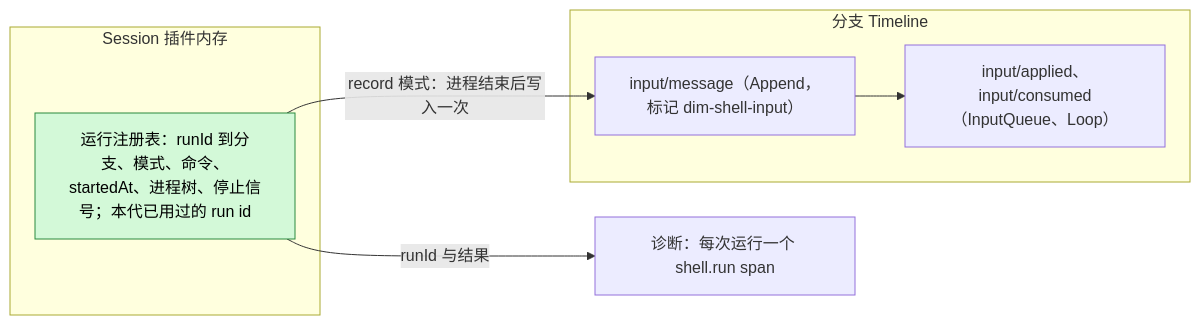
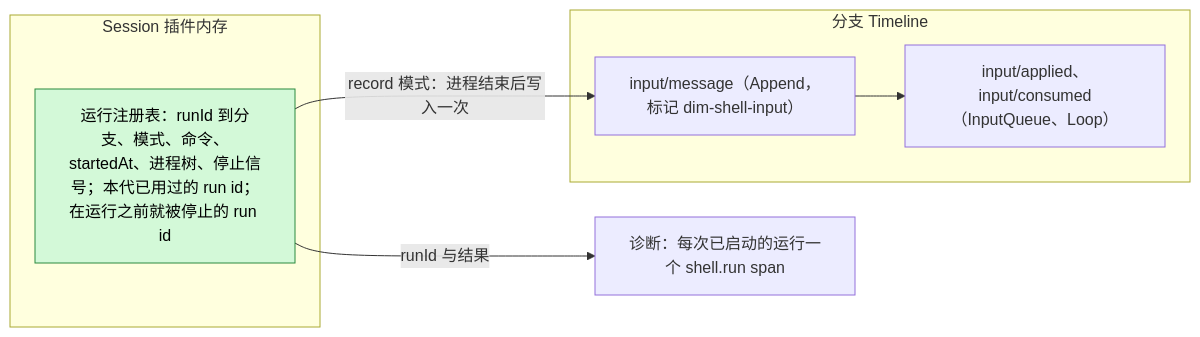
Before and after one commit to CoutinhoTTS/dim-agent: the second of 3 diagrams in docs/zh/design/plugins/ShellInput.md, drawn with Mermaid. The commit also changed other lines of this file and 10 other files, not shown here.

````diff
--- a/docs/zh/design/plugins/ShellInput.md
+++ b/docs/zh/design/plugins/ShellInput.md
@@ -50,15 +50,15 @@
 ```mermaid
 flowchart LR
   subgraph MEM["Session 插件内存"]
-    RR["运行注册表：runId 到分支、模式、命令、startedAt、进程树、停止信号；本代已用过的 run id"]:::new
+    RR["运行注册表：runId 到分支、模式、命令、startedAt、进程树、停止信号；本代已用过的 run id；在运行之前就被停止的 run id"]:::new
   end
   subgraph TL["分支 Timeline"]
     IM["input/message（Append，标记 dim-shell-input）"]
     IA["input/applied、input/consumed（InputQueue、Loop）"]
   end
-  DG["诊断：每次运行一个 shell.run span"]
+  DG["诊断：每次已启动的运行一个 shell.run span"]
   RR -- "record 模式：进程结束后写入一次" --> IM
   IM --> IA
   RR -- "runId 与结果" --> DG
   classDef new fill:#d3f9d8,stroke:#2b8a3e,color:#000
 ```
````
